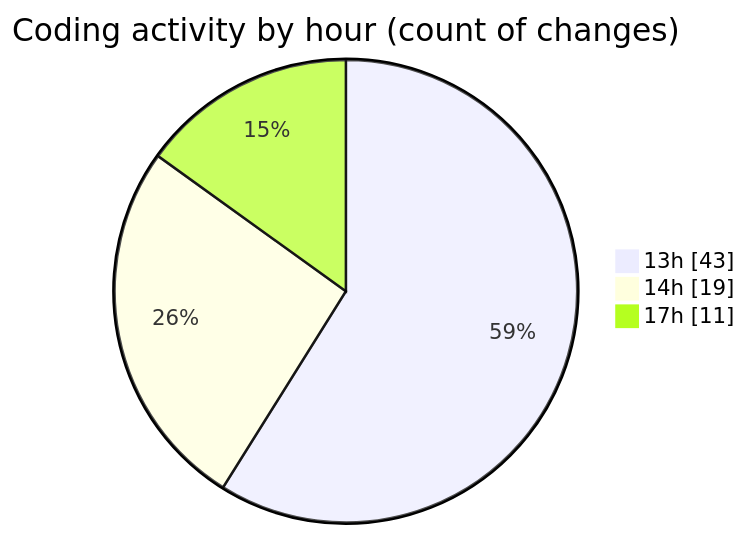
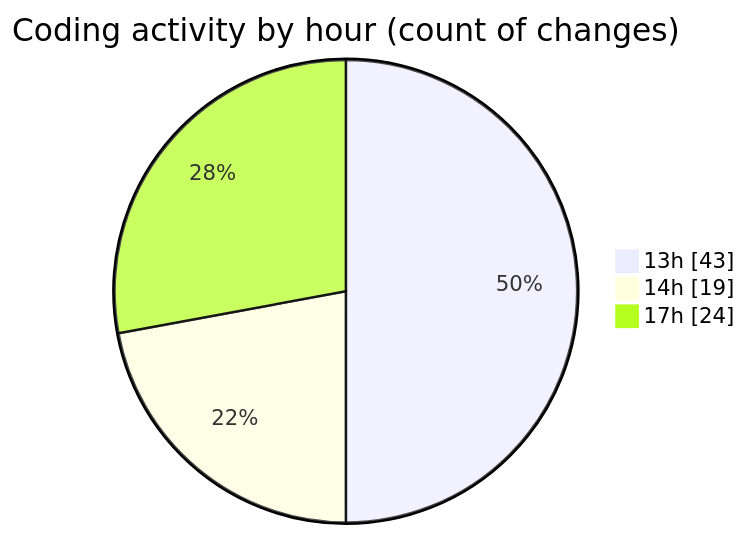
One commit to MatusMokan/code-tracking changed the second of 2 diagrams in 2025-10-04/untitled__workspace_/README.md. Above: the diagram before and after it, drawn with Mermaid. The commit also changed other lines of this file and 1 other file, not shown here.

````diff
--- a/2025-10-04/untitled__workspace_/README.md
+++ b/2025-10-04/untitled__workspace_/README.md
@@ -45,7 +46,7 @@
 ```mermaid
 pie showData
 title Coding activity by hour (count of changes)
 "13h" : 43
 "14h" : 19
-"17h" : 11
+"17h" : 24
 ```
````
